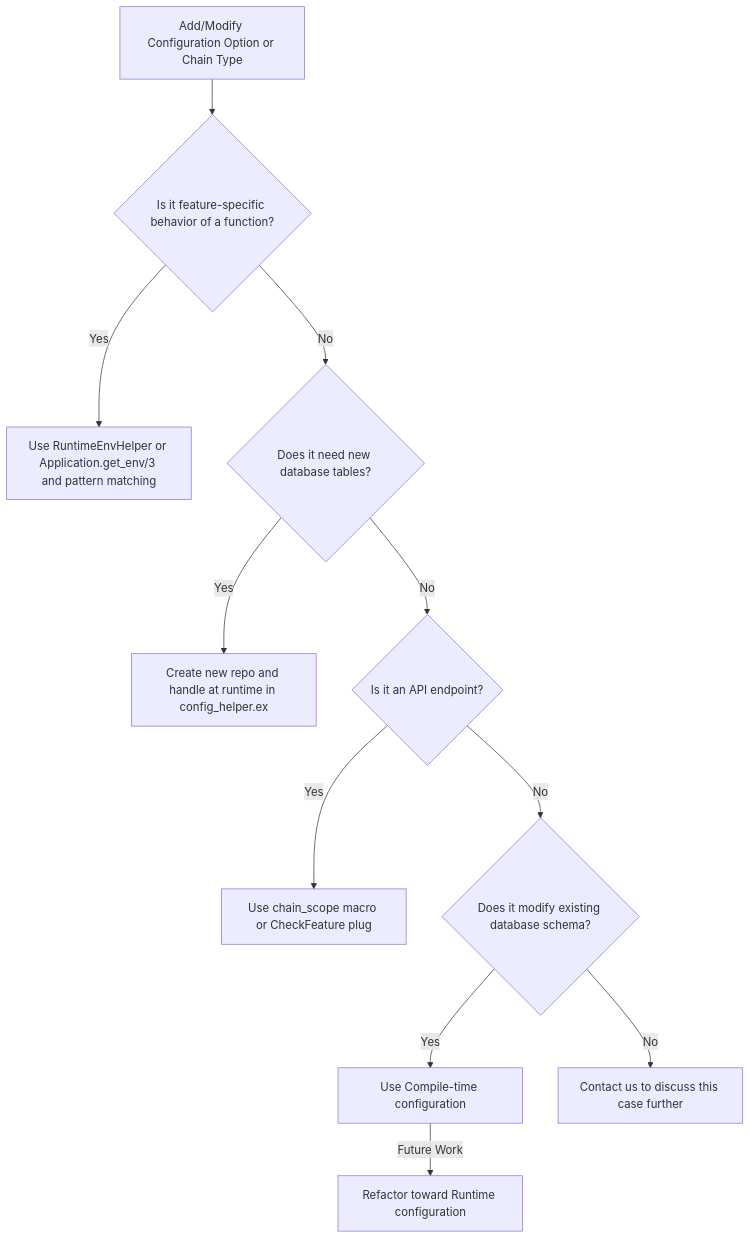
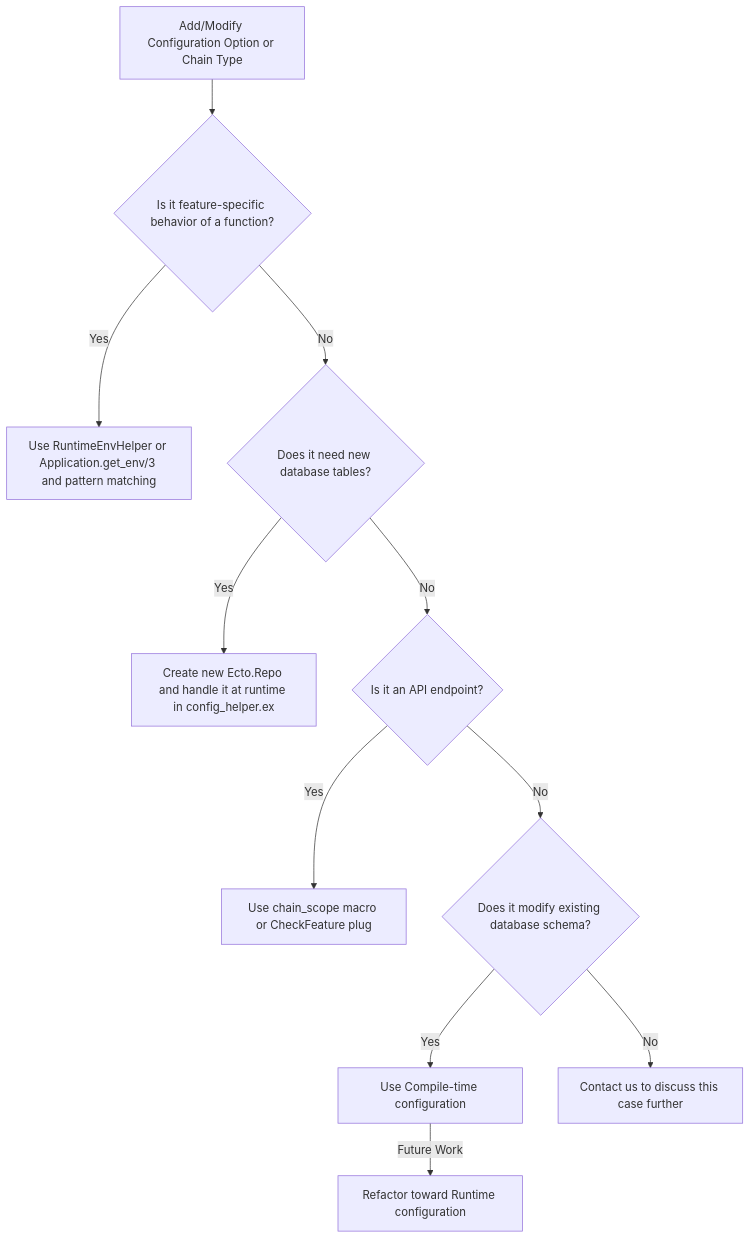
Before and after one commit to blockscout/blockscout: the diagram in CONTRIBUTING.md, drawn with Mermaid. The commit also changed other lines of this file and 1 other file, not shown here.

````diff
--- a/CONTRIBUTING.md
+++ b/CONTRIBUTING.md
@@ -109,13 +109,13 @@
 ```mermaid
 flowchart TD
     A[Add/Modify Configuration Option or Chain Type] --> B{Is it feature-specific behavior of a function?}
     B -->|Yes| C[Use RuntimeEnvHelper or Application.get_env/3 and pattern matching]
     B -->|No| D{Does it need new database tables?}
-    D -->|Yes| E[Create new repo and handle at runtime in config_helper.ex]
+    D -->|Yes| E[Create new Ecto.Repo and handle it at runtime in config_helper.ex]
     D -->|No| F{Is it an API endpoint?}
     F -->|Yes| G[Use chain_scope macro or CheckFeature plug]
     F -->|No| H{Does it modify existing database schema?}
     H -->|Yes| I[Use Compile-time configuration]
     H -->|No| J[Contact us to discuss this case further]
     I -->|Future Work| O[Refactor toward Runtime configuration]
 ```
````
